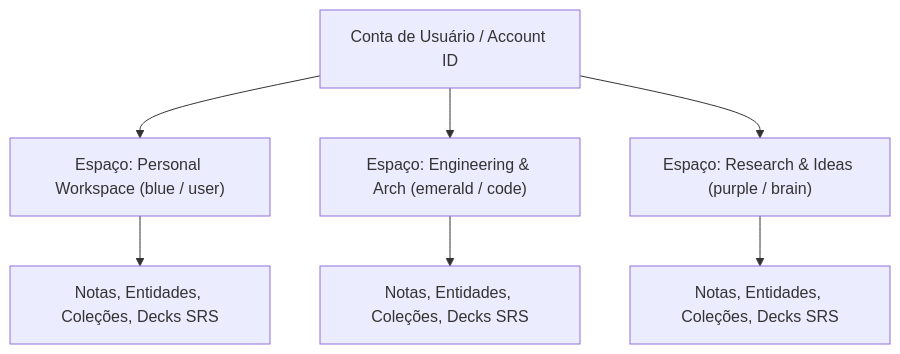
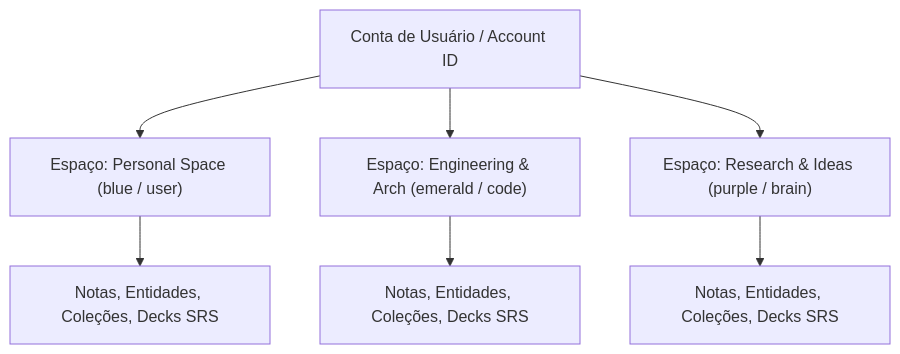
One commit to ianmaciel7/notes-app changed the first of 2 diagrams in docs/translations/pt-br/architecture/spaces.md. Above: the diagram before and after it, drawn with Mermaid. The commit also changed other lines of this file and 60 other files, not shown here.

Commit message:
feat: add object-specific split button components, UI primitives, and architectural documentation

````diff
--- a/docs/translations/pt-br/architecture/spaces.md
+++ b/docs/translations/pt-br/architecture/spaces.md
@@ -11,10 +11,10 @@
 ```mermaid
 flowchart TD
-    Account[Conta de Usuário / Account ID] --> Space1["Espaço: Personal Workspace (blue / user)"]
+    Account[Conta de Usuário / Account ID] --> Space1["Espaço: Personal Space (blue / user)"]
     Account --> Space2["Espaço: Engineering & Arch (emerald / code)"]
     Account --> Space3["Espaço: Research & Ideas (purple / brain)"]
 
     Space1 --> Objects1["Notas, Entidades, Coleções, Decks SRS"]
     Space2 --> Objects2["Notas, Entidades, Coleções, Decks SRS"]
     Space3 --> Objects3["Notas, Entidades, Coleções, Decks SRS"]
 ```
````
